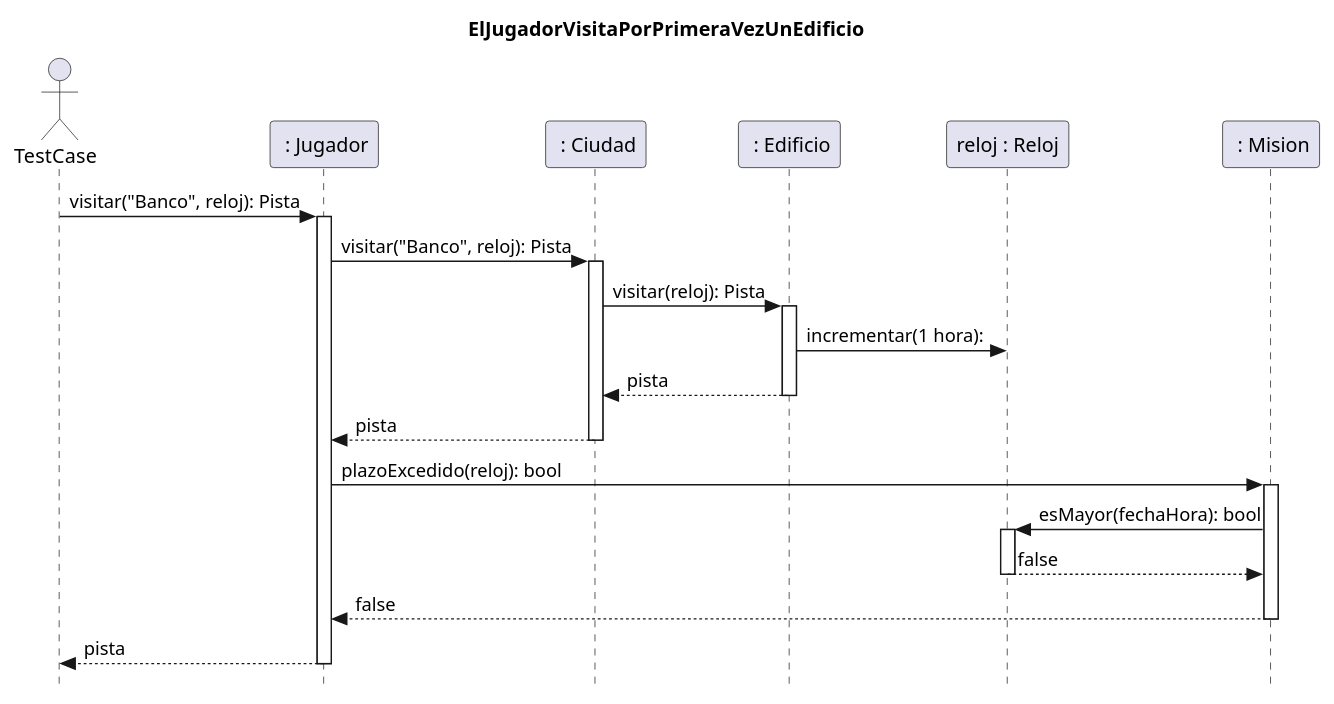
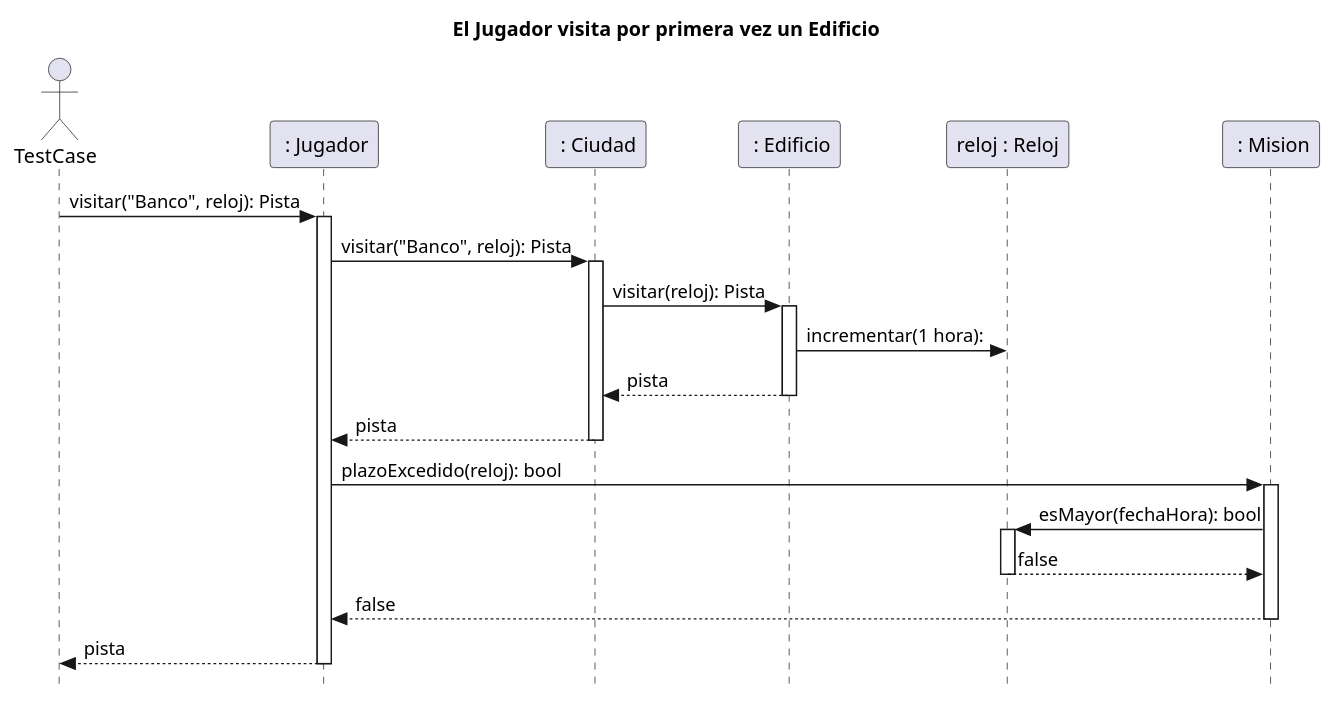
Before and after one commit to martinanus/algo3_tp2: the diagram in diagrams/sequences/JugadorEntraAUnEdificioPorPrimeraVez.puml, drawn with PlantUML. The commit also changed 13 other files, not shown here.

Commit message:
nuevos casos de uso con diagramas

```diff
--- a/diagrams/sequences/JugadorEntraAUnEdificioPorPrimeraVez.puml
+++ b/diagrams/sequences/JugadorEntraAUnEdificioPorPrimeraVez.puml
@@ -1,29 +1,29 @@
 @startuml
 skinparam style strictuml
-title:  ElJugadorVisitaPorPrimeraVezUnEdificio
+title:  El Jugador visita por primera vez un Edificio
 actor TestCase
 
 participant " : Jugador" as jugador
 participant " : Ciudad" as ciudad
 participant " : Edificio" as banco
 participant "reloj : Reloj" as reloj
 participant " : Mision" as mision
 
 TestCase -> jugador: visitar("Banco", reloj): Pista
 activate jugador
 jugador -> ciudad: visitar("Banco", reloj): Pista
 activate ciudad
 ciudad -> banco: visitar(reloj): Pista
 activate banco
 banco -> reloj: incrementar(1 hora):
 return pista
 return pista
 jugador -> mision: plazoExcedido(reloj): bool
 activate mision
 mision -> reloj: esMayor(fechaHora): bool
 activate reloj
 return false
 return false
 return pista
 
 @enduml
```
